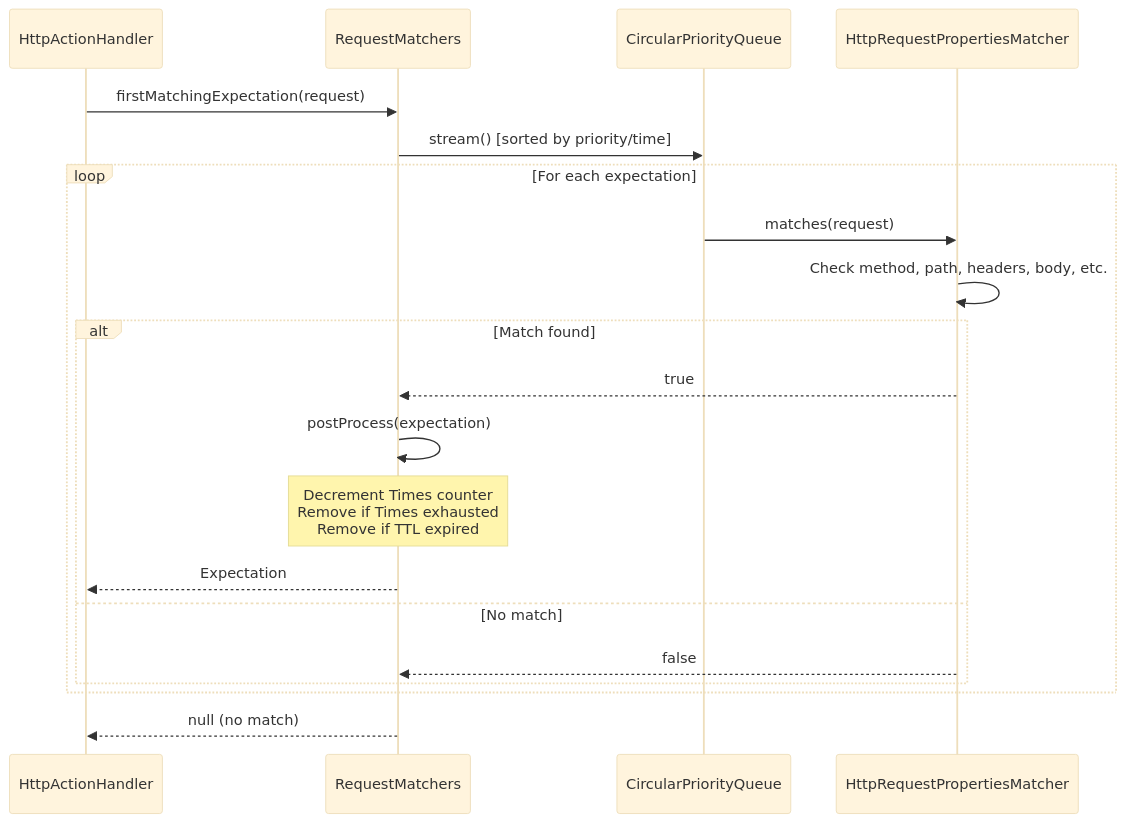
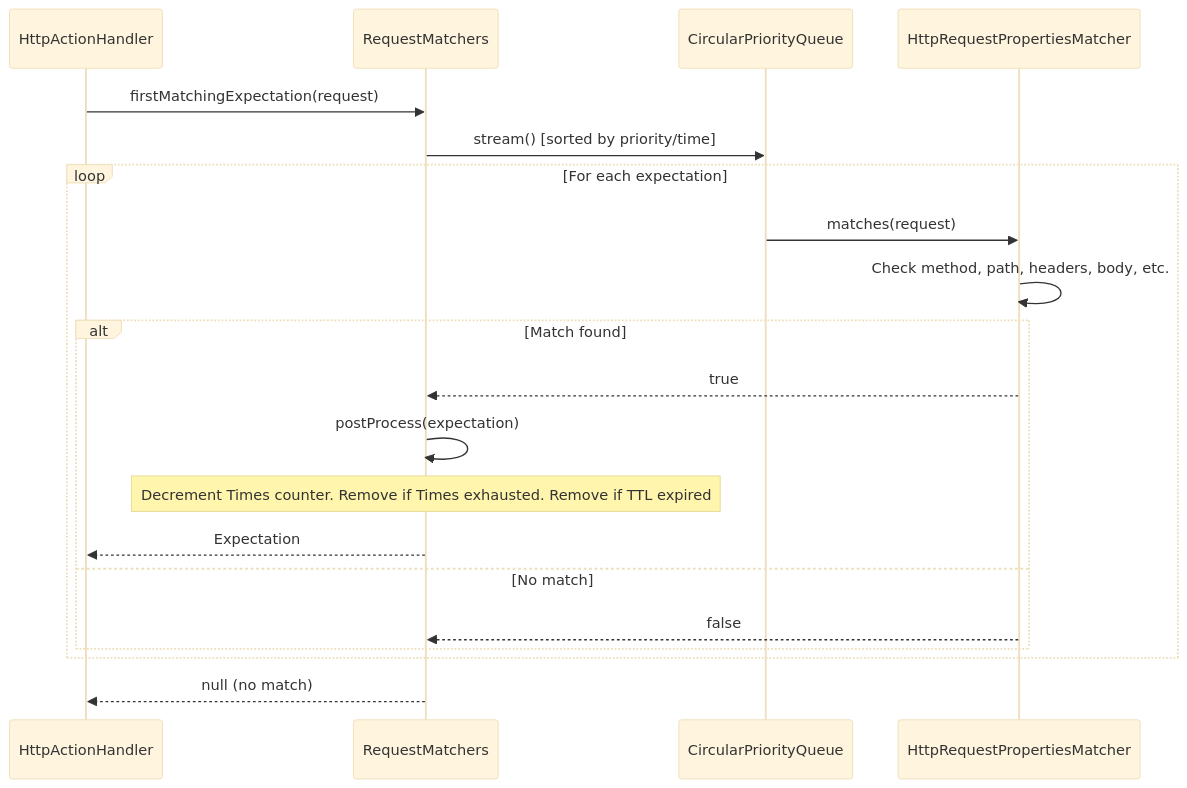
Before and after one commit to mock-server/mockserver: the second of 5 diagrams in docs/code/request-processing.md, drawn with Mermaid (base theme). The commit also changed other lines of this file and 21 other files, not shown here.

First line of the commit message:
fix(docs): remove HTML tags from Mermaid diagrams to fix GitHub rendering

````diff
--- a/docs/code/request-processing.md
+++ b/docs/code/request-processing.md
@@ -125,23 +130,23 @@
 ```mermaid
 sequenceDiagram
     participant AH as HttpActionHandler
     participant RM as RequestMatchers
     participant Q as CircularPriorityQueue
     participant M as HttpRequestPropertiesMatcher
 
     AH->>RM: firstMatchingExpectation(request)
     RM->>Q: stream() [sorted by priority/time]
     loop For each expectation
         Q->>M: matches(request)
         M->>M: Check method, path, headers, body, etc.
         alt Match found
             M-->>RM: true
             RM->>RM: postProcess(expectation)
-            Note over RM: Decrement Times counter<br/>Remove if Times exhausted<br/>Remove if TTL expired
+            Note over RM: Decrement Times counter. Remove if Times exhausted. Remove if TTL expired
             RM-->>AH: Expectation
         else No match
             M-->>RM: false
         end
     end
     RM-->>AH: null (no match)
 ```
````
